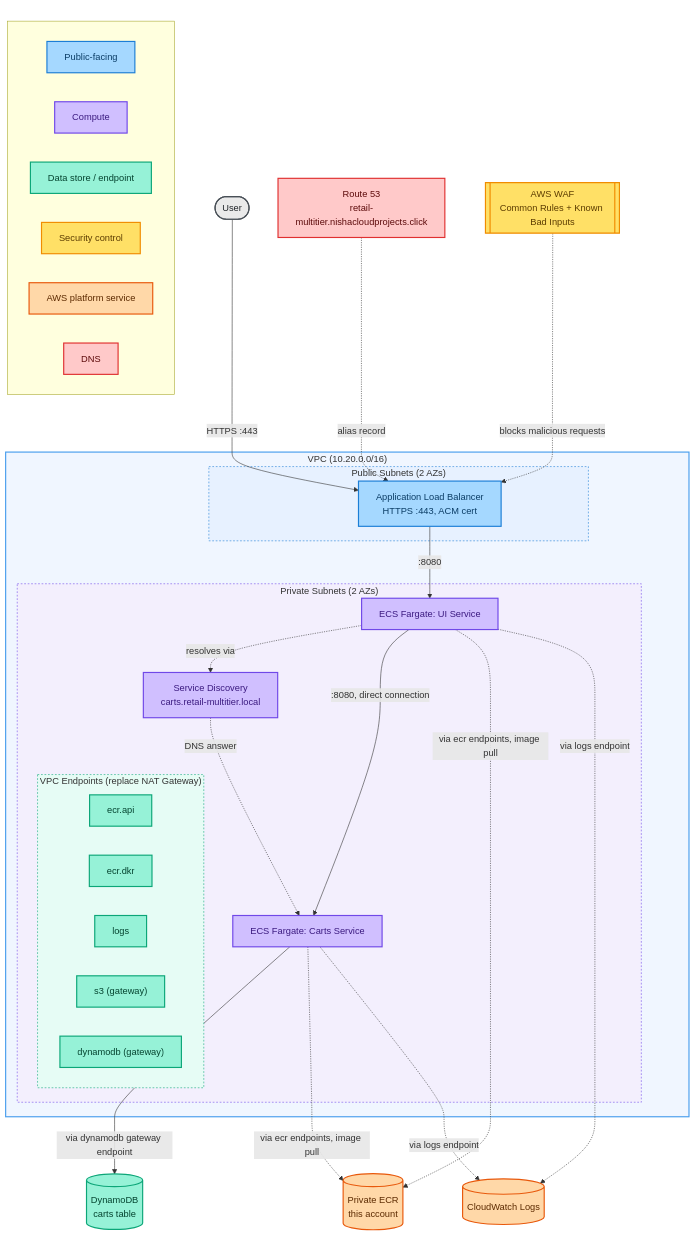
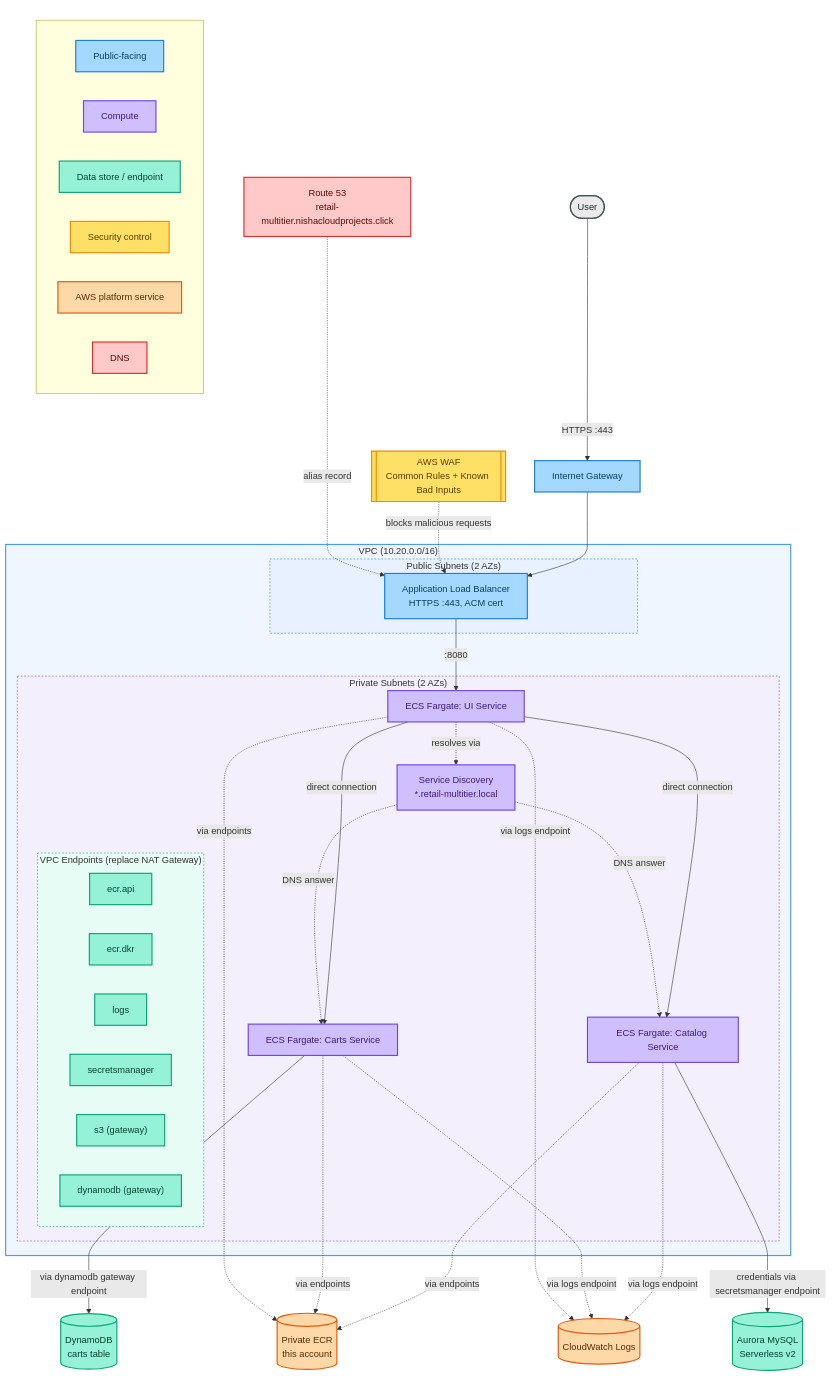
One commit to Nisha318/retail-ecs-fargate-multitier changed the diagram in README.md. Above: the diagram before and after it, drawn with Mermaid. The commit also changed other lines of this file and 15 other files, not shown here.

```diff
--- a/README.md
+++ b/README.md
@@ -15,6 +18,8 @@
 
     WAF[[AWS WAF<br/>Common Rules + Known Bad Inputs]]
 
+    IGW[Internet Gateway]
+
     subgraph VPC["VPC (10.20.0.0/16)"]
         subgraph Public["Public Subnets (2 AZs)"]
             ALB[Application Load Balancer<br/>HTTPS :443, ACM cert]
@@ -23,12 +28,14 @@
         subgraph Private["Private Subnets (2 AZs)"]
             UI["ECS Fargate: UI Service"]
             Carts["ECS Fargate: Carts Service"]
-            SD["Service Discovery<br/>carts.retail-multitier.local"]
+            Catalog["ECS Fargate: Catalog Service"]
+            SD["Service Discovery<br/>*.retail-multitier.local"]
 
             subgraph Endpoints["VPC Endpoints (replace NAT Gateway)"]
                 EcrApi["ecr.api"]
                 EcrDkr["ecr.dkr"]
                 LogsEp["logs"]
+                SecretsEp["secretsmanager"]
                 S3Ep["s3 (gateway)"]
                 DdbEp["dynamodb (gateway)"]
             end
@@ -36,21 +43,28 @@
     end
 
     DDB[(DynamoDB<br/>carts table)]
+    MySQL[(Aurora MySQL<br/>Serverless v2)]
     CW[(CloudWatch Logs)]
     ECR[(Private ECR<br/>this account)]
 
     R53 -.->|alias record| ALB
     WAF -.->|blocks malicious requests| ALB
-    User -->|HTTPS :443| ALB
+    User -->|HTTPS :443| IGW
+    IGW --> ALB
     ALB -->|:8080| UI
     UI -.->|resolves via| SD
     SD -.->|DNS answer| Carts
-    UI -->|:8080, direct connection| Carts
+    SD -.->|DNS answer| Catalog
+    UI -->|direct connection| Carts
+    UI -->|direct connection| Catalog
     Carts -->|via dynamodb gateway endpoint| DDB
-    UI -.->|via ecr endpoints, image pull| ECR
-    Carts -.->|via ecr endpoints, image pull| ECR
+    Catalog -->|credentials via secretsmanager endpoint| MySQL
+    UI -.->|via endpoints| ECR
+    Carts -.->|via endpoints| ECR
+    Catalog -.->|via endpoints| ECR
     UI -.->|via logs endpoint| CW
     Carts -.->|via logs endpoint| CW
+    Catalog -.->|via logs endpoint| CW
 
     classDef publicNode fill:#a5d8ff,stroke:#1c7ed6,stroke-width:2px,color:#0b3d66
     classDef computeNode fill:#d0bfff,stroke:#7048e8,stroke-width:2px,color:#3b1a80
@@ -63,9 +77,9 @@
     class User userNode
     class R53 dnsNode
     class WAF securityNode
-    class ALB publicNode
-    class UI,Carts,SD computeNode
-    class EcrApi,EcrDkr,LogsEp,S3Ep,DdbEp,DDB dataNode
+    class ALB,IGW publicNode
+    class UI,Carts,Catalog,SD computeNode
+    class EcrApi,EcrDkr,LogsEp,SecretsEp,S3Ep,DdbEp,DDB,MySQL dataNode
     class CW,ECR externalNode
 
     style VPC fill:#f0f6ff,stroke:#4a9eed,stroke-width:2px
```
